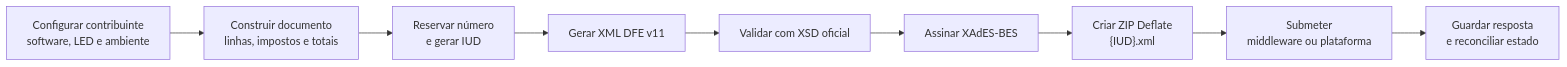
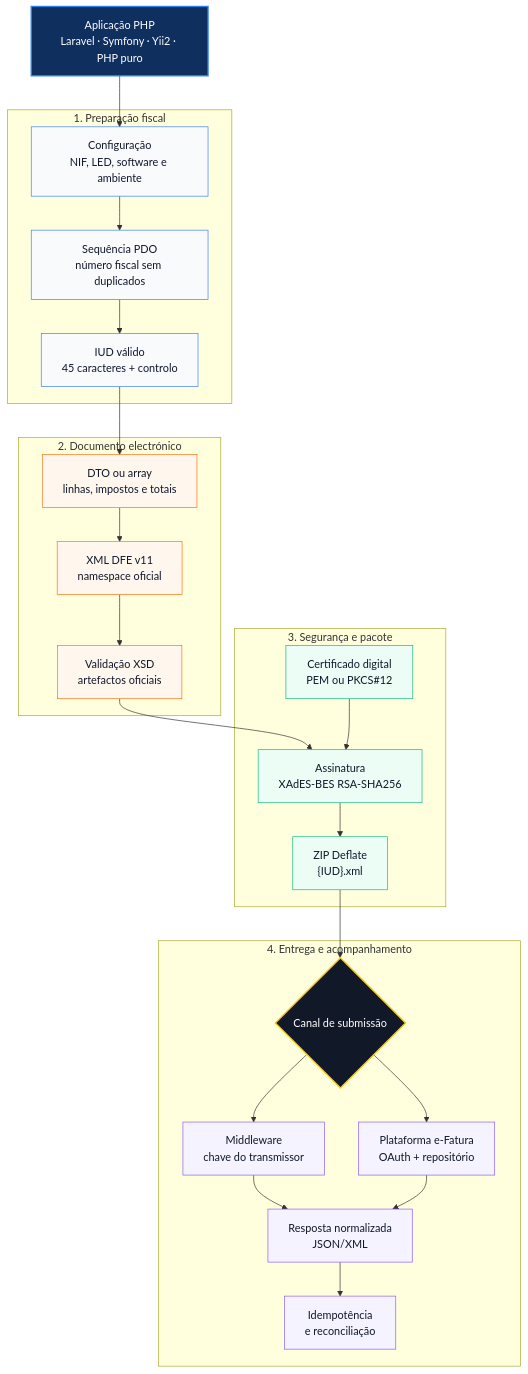
One commit to Kowts/efatura-cv-php changed the diagram in README.md. Above: the diagram before and after it, drawn with Mermaid.

Commit message:
docs: melhorar diagrama Mermaid de emissão

````diff
--- a/README.md
+++ b/README.md
@@ -47,14 +47,50 @@
 ```mermaid
-flowchart LR
-    CONFIG["Configurar contribuinte<br/>software, LED e ambiente"]
-    DOC["Construir documento<br/>linhas, impostos e totais"]
-    IUD["Reservar número<br/>e gerar IUD"]
-    XML["Gerar XML DFE v11"]
-    XSD["Validar com XSD oficial"]
-    SIGN["Assinar XAdES-BES"]
-    ZIP["Criar ZIP Deflate<br/>{IUD}.xml"]
-    SEND["Submeter<br/>middleware ou plataforma"]
-    RECON["Guardar resposta<br/>e reconciliar estado"]
+flowchart TD
+    APP["Aplicação PHP<br/>Laravel · Symfony · Yii2 · PHP puro"]
 
-    CONFIG --> DOC --> IUD --> XML --> XSD --> SIGN --> ZIP --> SEND --> RECON
+    subgraph PREP["1. Preparação fiscal"]
+        CONFIG["Configuração<br/>NIF, LED, software e ambiente"]
+        SEQ["Sequência PDO<br/>número fiscal sem duplicados"]
+        IUD["IUD válido<br/>45 caracteres + controlo"]
+    end
+
+    subgraph DFE["2. Documento electrónico"]
+        DOC["DTO ou array<br/>linhas, impostos e totais"]
+        XML["XML DFE v11<br/>namespace oficial"]
+        XSD["Validação XSD<br/>artefactos oficiais"]
+    end
+
+    subgraph SEC["3. Segurança e pacote"]
+        CERT["Certificado digital<br/>PEM ou PKCS#12"]
+        SIGN["Assinatura<br/>XAdES-BES RSA-SHA256"]
+        ZIP["ZIP Deflate<br/>{IUD}.xml"]
+    end
+
+    subgraph SEND["4. Entrega e acompanhamento"]
+        ROUTE{"Canal de submissão"}
+        MID["Middleware<br/>chave do transmissor"]
+        PLATFORM["Plataforma e-Fatura<br/>OAuth + repositório"]
+        RESULT["Resposta normalizada<br/>JSON/XML"]
+        RECON["Idempotência<br/>e reconciliação"]
+    end
+
+    APP --> CONFIG --> SEQ --> IUD --> DOC --> XML --> XSD --> SIGN --> ZIP --> ROUTE
+    CERT --> SIGN
+    ROUTE --> MID --> RESULT
+    ROUTE --> PLATFORM --> RESULT
+    RESULT --> RECON
+
+    classDef app fill:#0f2f5f,stroke:#2f80ed,color:#fff,stroke-width:2px;
+    classDef prep fill:#f8fafc,stroke:#3b82f6,color:#0f172a;
+    classDef dfe fill:#fff7ed,stroke:#f97316,color:#0f172a;
+    classDef sec fill:#ecfdf5,stroke:#10b981,color:#0f172a;
+    classDef send fill:#f5f3ff,stroke:#8b5cf6,color:#0f172a;
+    classDef decision fill:#111827,stroke:#facc15,color:#fff,stroke-width:2px;
+
+    class APP app;
+    class CONFIG,SEQ,IUD prep;
+    class DOC,XML,XSD dfe;
+    class CERT,SIGN,ZIP sec;
+    class MID,PLATFORM,RESULT,RECON send;
+    class ROUTE decision;
 ```
````
